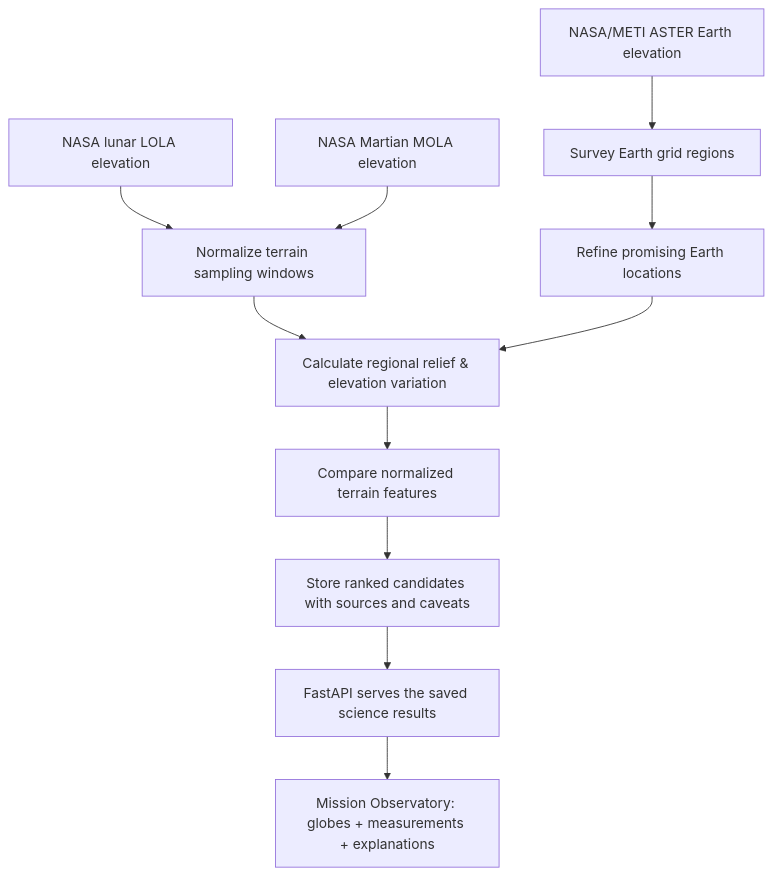
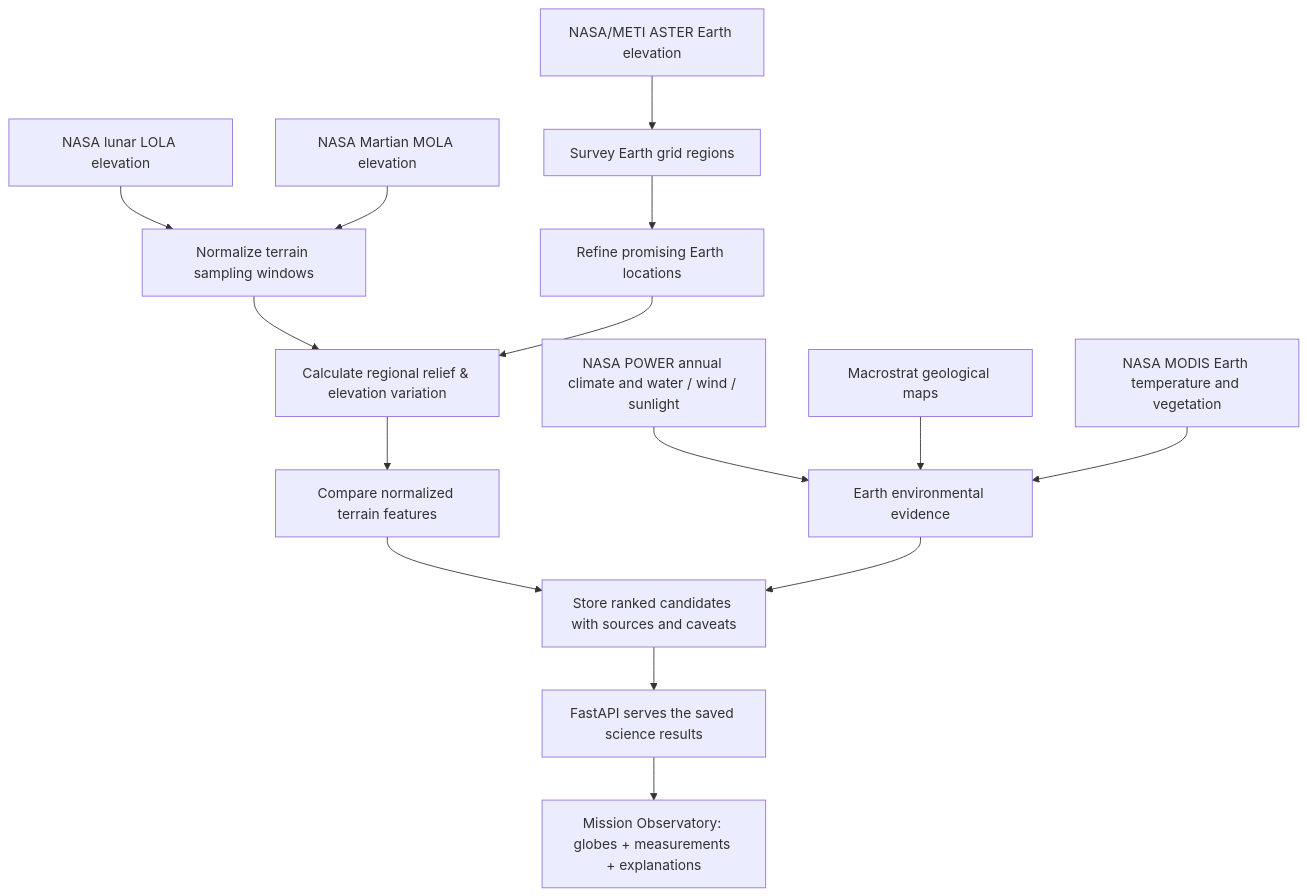
One commit to mikey-eze/PLANETREX changed the diagram in README.md. Above: the diagram before and after it, drawn with Mermaid. The commit also changed other lines of this file, not shown here.

Commit message:
Explain the real 168-place Earth discovery and 65 NASA/Macrostrat profiles instead of outdated terrain-only README

````diff
--- a/README.md
+++ b/README.md
@@ -28,13 +28,17 @@
 ```mermaid
 flowchart TD
     A["NASA lunar LOLA elevation"] --> D["Normalize terrain sampling windows"]
     B["NASA Martian MOLA elevation"] --> D
     C["NASA/METI ASTER Earth elevation"] --> E["Survey Earth grid regions"]
     E --> F["Refine promising Earth locations"]
     D --> G["Calculate regional relief & elevation variation"]
     F --> G
     G --> H["Compare normalized terrain features"]
     H --> I["Store ranked candidates with sources and caveats"]
+    L["NASA POWER annual climate and water / wind / sunlight"] --> M["Earth environmental evidence"]
+    N["Macrostrat geological maps"] --> M
+    O["NASA MODIS Earth temperature and vegetation"] --> M
+    M --> I
     I --> J["FastAPI serves the saved science results"]
     J --> K["Mission Observatory: globes + measurements + explanations"]
 ```
````
